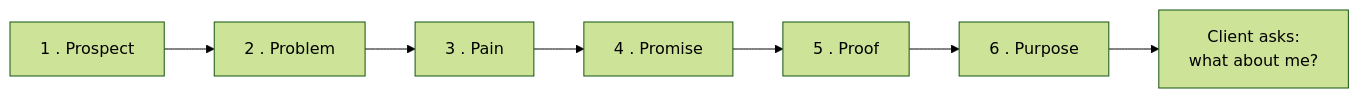
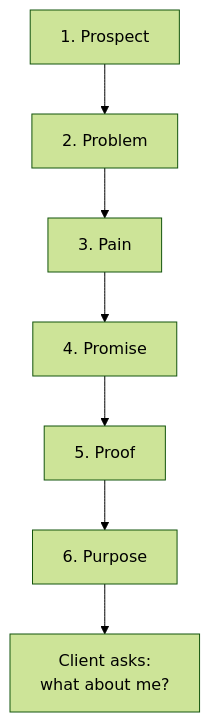
Before and after one commit to leotansingapore/aia-product-compass-hub: the diagram in docs/first-60-days/week-8/day-45.md, drawn with Mermaid (forest theme). The commit also changed other lines of this file and 56 other files, not shown here.

Commit message:
Readability pass across first-60-days: styled HTML to tables/diagrams, cleaner formatting, no leaked metadata

````diff
--- a/docs/first-60-days/week-8/day-45.md
+++ b/docs/first-60-days/week-8/day-45.md
@@ -157,4 +152,9 @@
 ```mermaid
-flowchart LR
-    P1["1 . Prospect"] --> P2["2 . Problem"] --> P3["3 . Pain"] --> P4["4 . Promise"] --> P5["5 . Proof"] --> P6["6 . Purpose"] --> CTA["Client asks:<br/>what about me?"]
+flowchart TD
+    P1["1. Prospect"] --> P2["2. Problem"]
+    P2 --> P3["3. Pain"]
+    P3 --> P4["4. Promise"]
+    P4 --> P5["5. Proof"]
+    P5 --> P6["6. Purpose"]
+    P6 --> CTA["Client asks:<br/>what about me?"]
 ```
````
